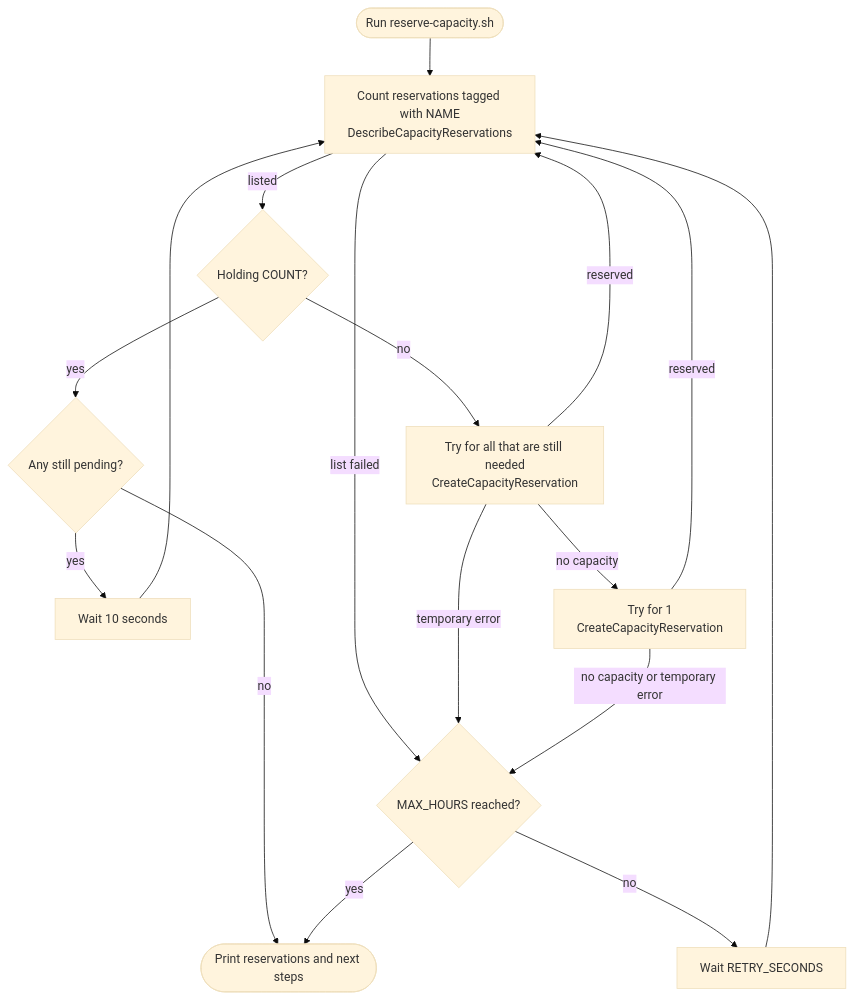
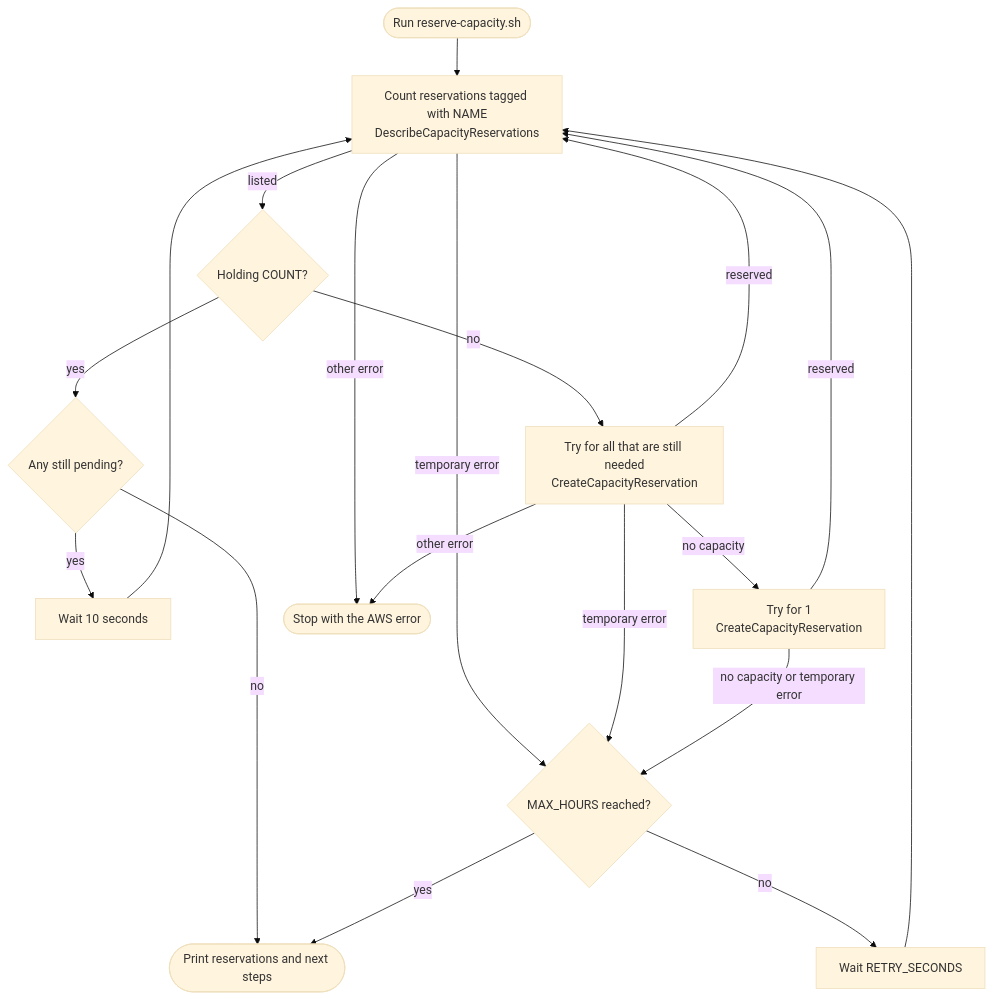
Before and after one commit to awslabs/startuplabs-on-aws: the diagram in blueprints/gpu-capacity-reservation-retry/README.md, drawn with Mermaid (base theme). The commit also changed other lines of this file and 1 other file, not shown here.

First line of the commit message:
Stop on non-temporary listing errors; repeat a timed-out create first

````diff
--- a/blueprints/gpu-capacity-reservation-retry/README.md
+++ b/blueprints/gpu-capacity-reservation-retry/README.md
@@ -31,28 +31,31 @@
 ```mermaid
 flowchart TB
     start([Run reserve-capacity.sh])
     count["Count reservations tagged with NAME<br/>DescribeCapacityReservations"]
     done{"Holding COUNT?"}
     pending{"Any still pending?"}
     waitPending["Wait 10 seconds"]
     tryAll["Try for all that are still needed<br/>CreateCapacityReservation"]
     tryOne["Try for 1<br/>CreateCapacityReservation"]
     wait["Wait RETRY_SECONDS"]
     timeout{"MAX_HOURS reached?"}
     finish([Print reservations and next steps])
+    stop([Stop with the AWS error])
 
     start --> count
     count -->|listed| done
-    count -->|list failed| timeout
+    count -->|temporary error| timeout
+    count -->|other error| stop
     done -->|yes| pending
     pending -->|no| finish
     pending -->|yes| waitPending --> count
     done -->|no| tryAll
     tryAll -->|reserved| count
     tryAll -->|no capacity| tryOne
     tryAll -->|temporary error| timeout
+    tryAll -->|other error| stop
     tryOne -->|reserved| count
     tryOne -->|no capacity or temporary error| timeout
     timeout -->|no| wait --> count
     timeout -->|yes| finish
 ```
````
